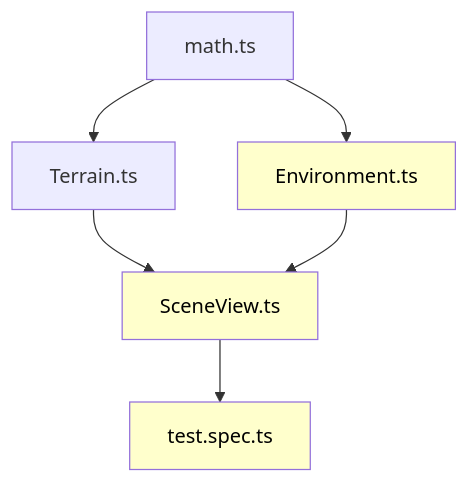
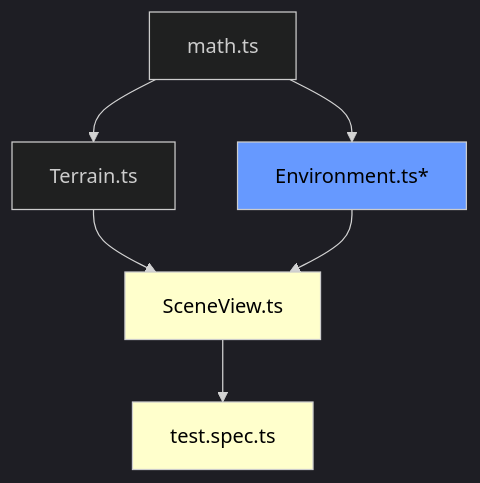
One commit to nick-romano/dev-tech-summit-presentations changed the fifth of 5 diagrams in 2025/under-the-hood/pages/2.1.jenkins-to-gha.md. Above: the diagram before and after it, drawn with Mermaid. The commit also changed other lines of this file, not shown here.

Commit message:
Clarify diagrams

````diff
--- a/2025/under-the-hood/pages/2.1.jenkins-to-gha.md
+++ b/2025/under-the-hood/pages/2.1.jenkins-to-gha.md
@@ -164,11 +195,14 @@
 ```mermaid
+%%{init: {'theme':'dark'}}%%
 graph TD
-  math.ts --> Environment.ts
+  math.ts --> Environment.ts*
   math.ts --> Terrain.ts
   Terrain.ts --> SceneView.ts
-  Environment.ts --> SceneView.ts
+  Environment.ts* --> SceneView.ts
   SceneView.ts --> test.spec.ts
 
+  classDef active fill:#6699ff,color:black;
   classDef selected fill:#ffffcc,color:black;
-  class Environment.ts,SceneView.ts,test.spec.ts selected;
+  class Environment.ts*, active;
+  class SceneView.ts,test.spec.ts selected;
 ```
````
